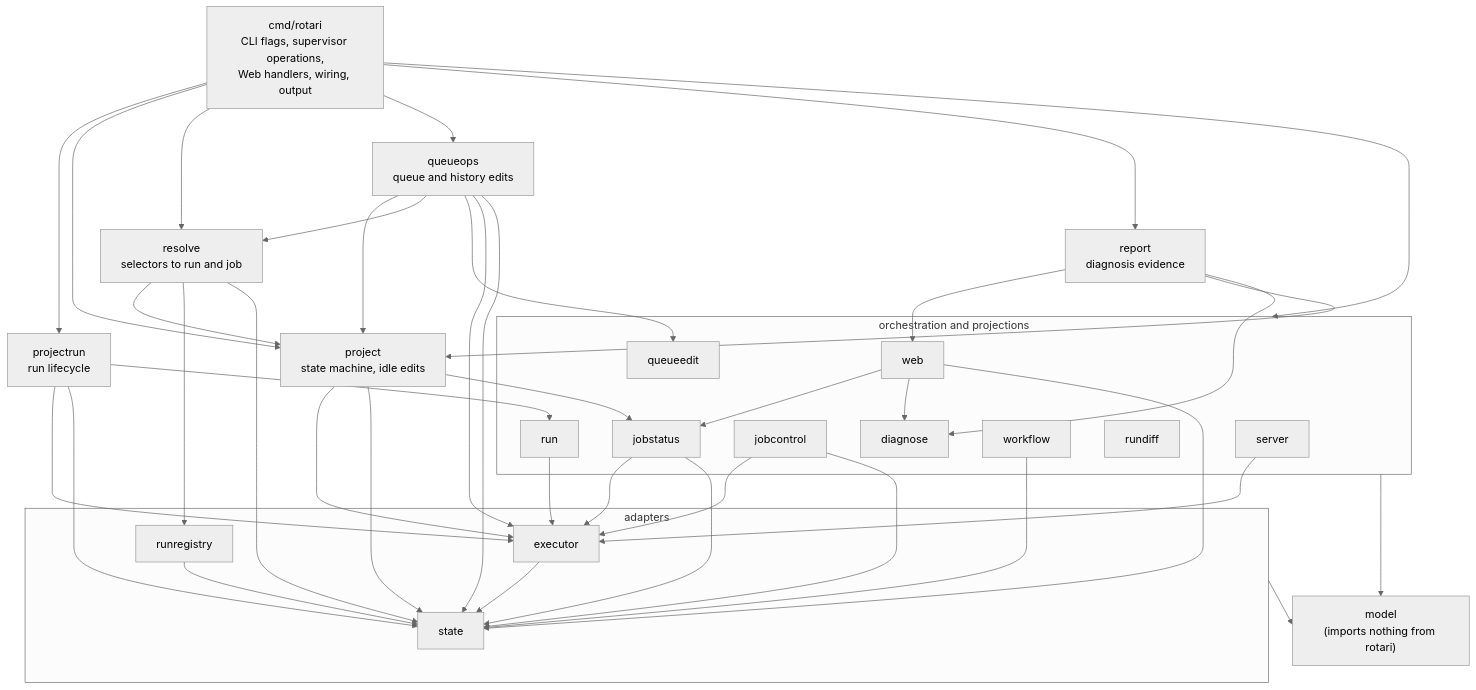
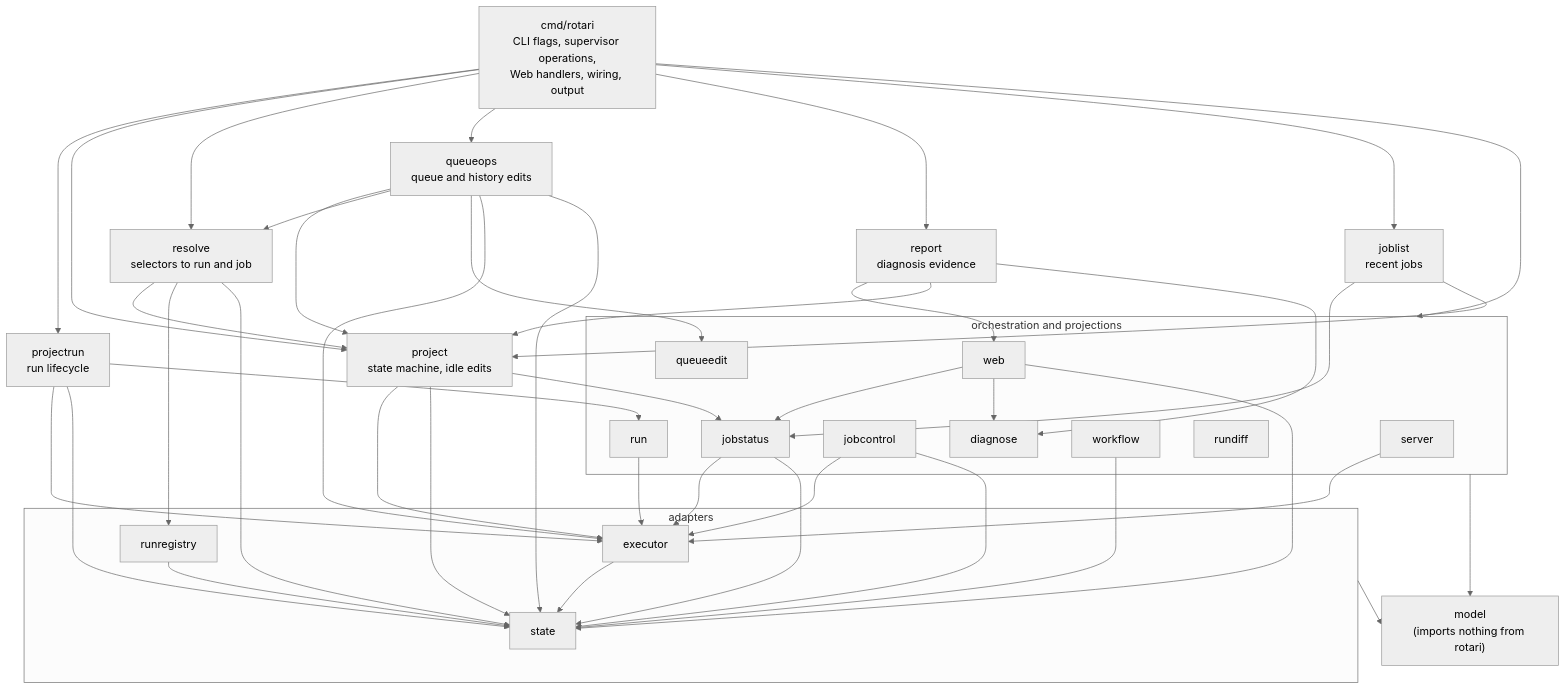
One commit to kamo-naoyuki/rotari changed the second of 2 diagrams in docs/ARCHITECTURE.md. Above: the diagram before and after it, drawn with Mermaid (neutral theme). The commit also changed other lines of this file and 14 other files, not shown here.

First line of the commit message:
refactor(joblist): move the recent jobs listing into internal/joblist

````diff
--- a/docs/ARCHITECTURE.md
+++ b/docs/ARCHITECTURE.md
@@ -96,64 +96,68 @@
 ```mermaid
 flowchart TB
   cmd["cmd/rotari<br/>CLI flags, supervisor operations,<br/>Web handlers, wiring, output"]
   projectrun["projectrun<br/>run lifecycle"]
   project["project<br/>state machine, idle edits"]
   resolve["resolve<br/>selectors to run and job"]
   queueops["queueops<br/>queue and history edits"]
   report["report<br/>diagnosis evidence"]
+  joblist["joblist<br/>recent jobs"]
   subgraph l2["orchestration and projections"]
     server
     run
     jobcontrol
     web
     jobstatus
     workflow
     queueedit
     rundiff
     diagnose
   end
   subgraph l1["adapters"]
     executor
     state
     runregistry
   end
   model["model<br/>(imports nothing from rotari)"]
 
   cmd --> projectrun
   cmd --> project
   cmd --> resolve
   cmd --> queueops
   queueops --> project
   queueops --> resolve
   queueops --> queueedit
   queueops --> executor
   queueops --> state
   cmd --> report
   report --> web
   report --> project
   report --> diagnose
+  cmd --> joblist
+  joblist --> jobstatus
+  joblist --> project
   resolve --> project
   resolve --> runregistry
   resolve --> state
   project --> jobstatus
   project --> executor
   project --> state
   cmd --> l2
   projectrun --> run
   projectrun --> executor
   projectrun --> state
   server --> executor
   run --> executor
   jobcontrol --> executor
   jobcontrol --> state
   web --> jobstatus
   web --> diagnose
   web --> state
   jobstatus --> executor
   jobstatus --> state
   workflow --> state
   executor --> state
   runregistry --> state
   l1 --> model
   l2 --> model
 ```
````
